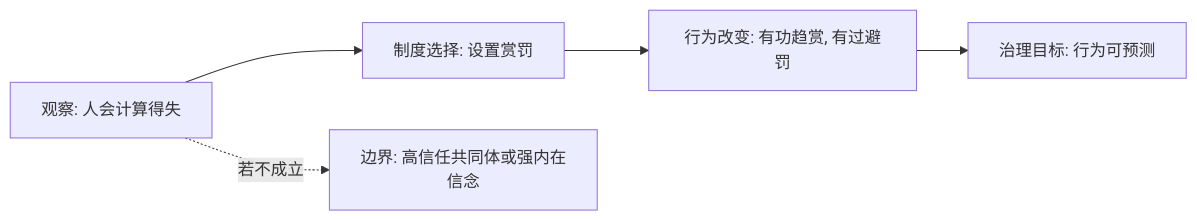
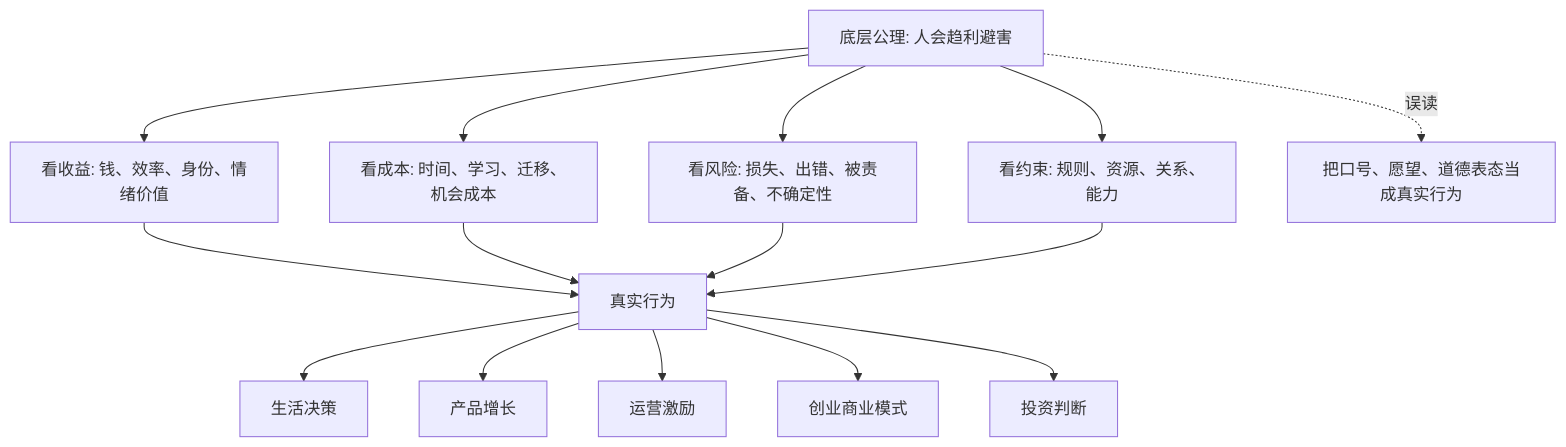
The first of 2 diagrams in 202605/20260518_02.md (digoal/blog), drawn with Mermaid before and after one commit. The commit also changed other lines of this file and 14 other files, not shown here.

````diff
--- a/202605/20260518_02.md
+++ b/202605/20260518_02.md
@@ -22,7 +22,17 @@
 ```mermaid
-flowchart LR
-  A["观察: 人会计算得失"] --> B["制度选择: 设置赏罚"]
-  B --> C["行为改变: 有功趋赏, 有过避罚"]
-  C --> D["治理目标: 行为可预测"]
-  A -. "若不成立" .-> E["边界: 高信任共同体或强内在信念"]
+flowchart TB
+  A["底层公理: 人会趋利避害"] --> B["看收益: 钱、效率、身份、情绪价值"]
+  A --> C["看成本: 时间、学习、迁移、机会成本"]
+  A --> D["看风险: 损失、出错、被责备、不确定性"]
+  A --> E["看约束: 规则、资源、关系、能力"]
+  B --> F["真实行为"]
+  C --> F
+  D --> F
+  E --> F
+  F --> G["生活决策"]
+  F --> H["产品增长"]
+  F --> I["运营激励"]
+  F --> J["创业商业模式"]
+  F --> K["投资判断"]
+  A -. "误读" .-> L["把口号、愿望、道德表态当成真实行为"]
 ```
````
